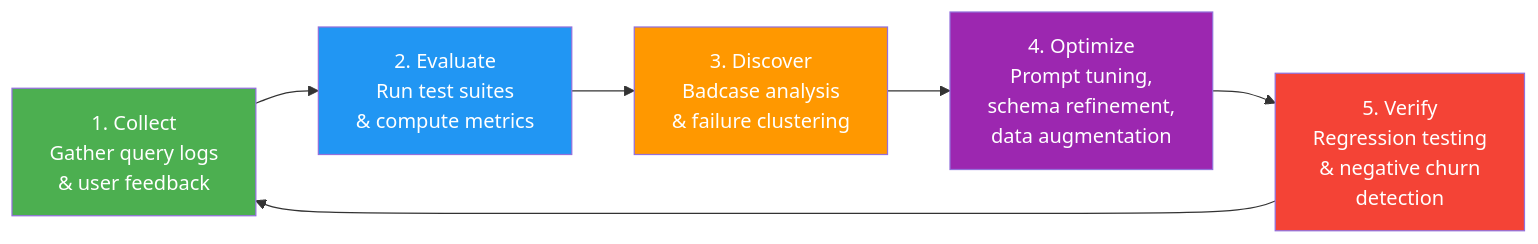
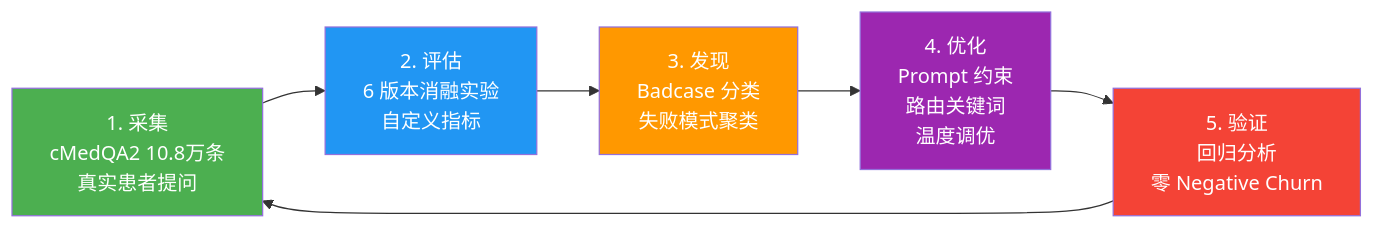
One commit to go99further/MedAgentQA changed the second of 2 diagrams in README.md. Above: the diagram before and after it, drawn with Mermaid. The commit also changed other lines of this file and 108 other files, not shown here.

````diff
--- a/README.md
+++ b/README.md
@@ -48,14 +48,14 @@
 ```mermaid
 graph LR
-    A["1. Collect<br/>Gather query logs<br/>& user feedback"] --> B["2. Evaluate<br/>Run test suites<br/>& compute metrics"]
-    B --> C["3. Discover<br/>Badcase analysis<br/>& failure clustering"]
-    C --> D["4. Optimize<br/>Prompt tuning,<br/>schema refinement,<br/>data augmentation"]
-    D --> E["5. Verify<br/>Regression testing<br/>& negative churn<br/>detection"]
+    A["1. 采集<br/>cMedQA2 10.8万条<br/>真实患者提问"] --> B["2. 评估<br/>6 版本消融实验<br/>自定义指标"]
+    B --> C["3. 发现<br/>Badcase 分类<br/>失败模式聚类"]
+    C --> D["4. 优化<br/>Prompt 约束<br/>路由关键词<br/>温度调优"]
+    D --> E["5. 验证<br/>回归分析<br/>零 Negative Churn"]
     E --> A
 
     style A fill:#4CAF50,color:#fff
     style B fill:#2196F3,color:#fff
     style C fill:#FF9800,color:#fff
     style D fill:#9C27B0,color:#fff
     style E fill:#F44336,color:#fff
 ```
````
